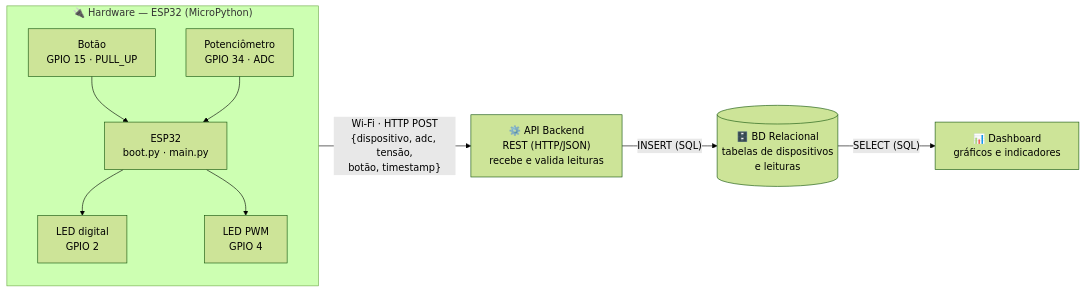
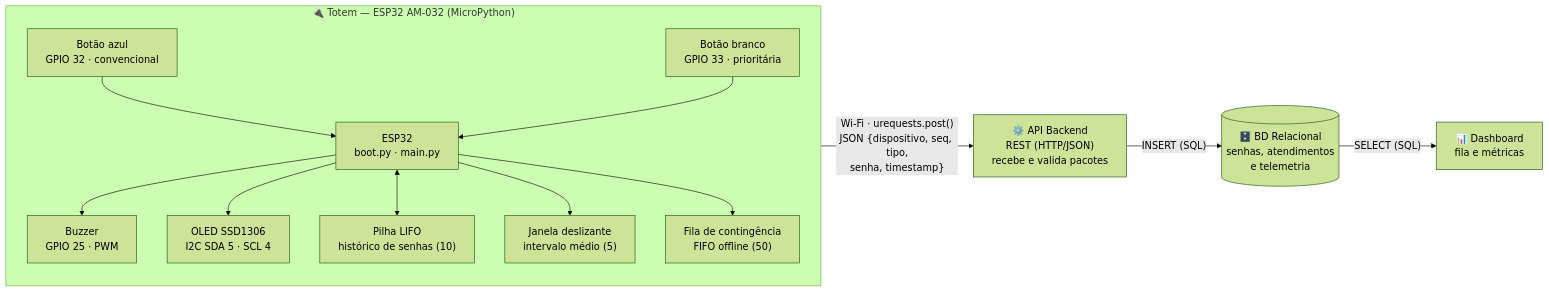
The first of 2 diagrams in docs/arquitetura.md (RedAkasha/telemetria-esp32-equipenexusdata), drawn with Mermaid (forest theme) before and after one commit. The commit also changed other lines of this file and 15 other files, not shown here.

Commit message:
feat: totem ESP32 com botões, buzzer, OLED, estruturas em memória e envio JSON

````diff
--- a/docs/arquitetura.md
+++ b/docs/arquitetura.md
@@ -5,23 +5,29 @@
 ```mermaid
 flowchart LR
-    subgraph HW["🔌 Hardware — ESP32 (MicroPython)"]
+    subgraph HW["🔌 Totem — ESP32 AM-032 (MicroPython)"]
         direction TB
-        S1["Botão<br/>GPIO 15 · PULL_UP"]
-        S2["Potenciômetro<br/>GPIO 34 · ADC"]
-        A1["LED digital<br/>GPIO 2"]
-        A2["LED PWM<br/>GPIO 4"]
+        S1["Botão azul<br/>GPIO 32 · convencional"]
+        S2["Botão branco<br/>GPIO 33 · prioritária"]
         MCU["ESP32<br/>boot.py · main.py"]
+        A1["Buzzer<br/>GPIO 25 · PWM"]
+        A2["OLED SSD1306<br/>I2C SDA 5 · SCL 4"]
+        PILHA["Pilha LIFO<br/>histórico de senhas (10)"]
+        JAN["Janela deslizante<br/>intervalo médio (5)"]
+        FILA["Fila de contingência<br/>FIFO offline (50)"]
         S1 --> MCU
         S2 --> MCU
         MCU --> A1
         MCU --> A2
+        MCU <--> PILHA
+        MCU --> JAN
+        MCU --> FILA
     end
 
-    API["⚙️ API Backend<br/>REST (HTTP/JSON)<br/>recebe e valida leituras"]
-    DB[("🗄️ BD Relacional<br/>tabelas de dispositivos<br/>e leituras")]
-    DASH["📊 Dashboard<br/>gráficos e indicadores"]
+    API["⚙️ API Backend<br/>REST (HTTP/JSON)<br/>recebe e valida pacotes"]
+    DB[("🗄️ BD Relacional<br/>senhas, atendimentos<br/>e telemetria")]
+    DASH["📊 Dashboard<br/>fila e métricas"]
 
-    MCU -- "Wi-Fi · HTTP POST<br/>{dispositivo, adc, tensão,<br/>botão, timestamp}" --> API
+    FILA -- "Wi-Fi · urequests.post()<br/>JSON {dispositivo, seq, tipo,<br/>senha, timestamp}" --> API
     API -- "INSERT (SQL)" --> DB
     DB -- "SELECT (SQL)" --> DASH
 ```
````
